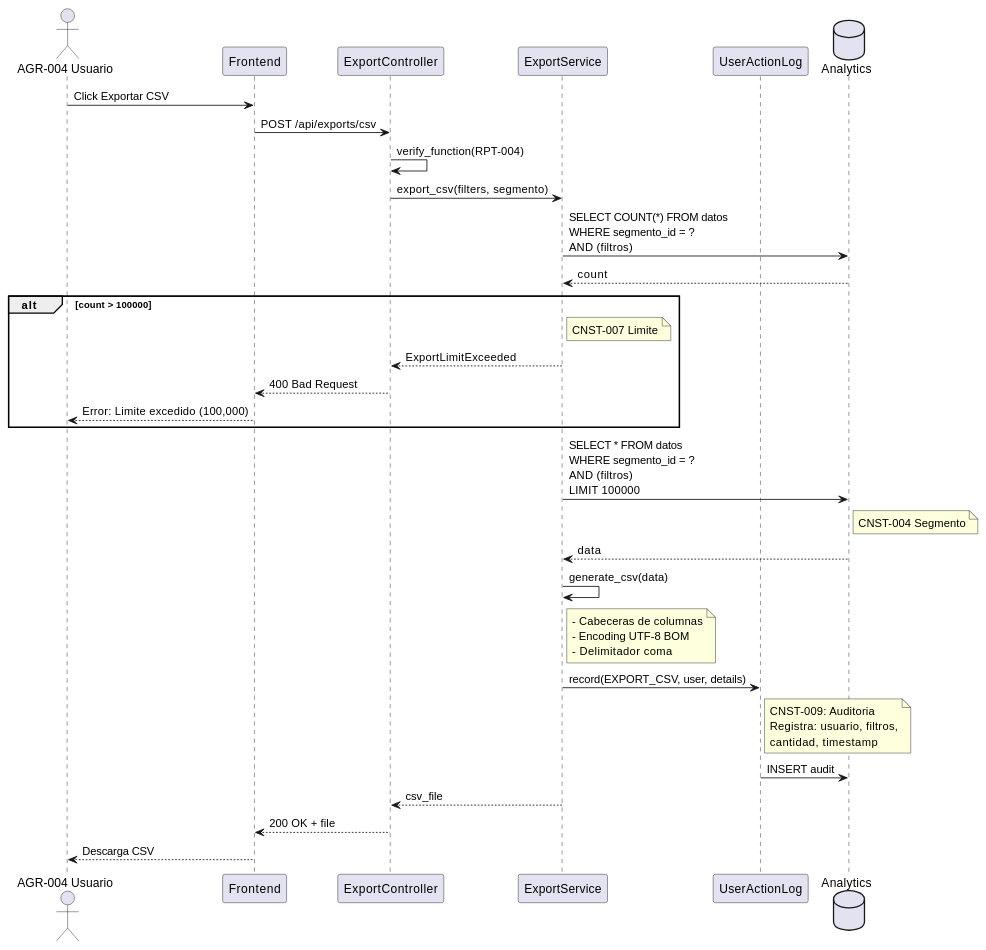
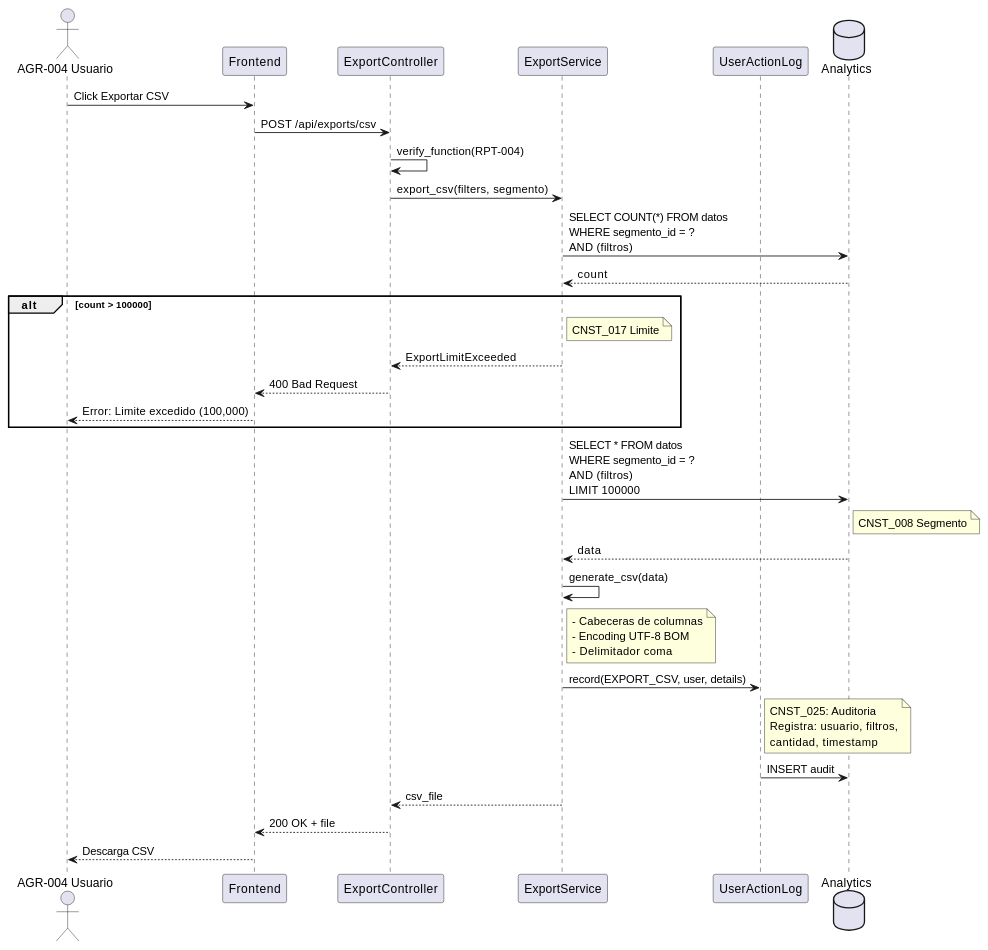
The second of 3 diagrams in source/requisitos/casos_uso/reports/UC_RPT_04_Exportar_CSV.rst (jcg-admin/IACT-docs), drawn with PlantUML before and after one commit. The commit also changed other lines of this file and 67 other files, not shown here.

```diff
--- a/source/requisitos/casos_uso/reports/UC_RPT_04_Exportar_CSV.rst
+++ b/source/requisitos/casos_uso/reports/UC_RPT_04_Exportar_CSV.rst
@@ -165,50 +165,50 @@
 .. uml::
    :caption: Diagrama de Secuencia - UC_RPT_04
 
    @startuml
    actor "AGR-004 Usuario" as U
    participant "Frontend" as FE
    participant "ExportController" as EC
    participant "ExportService" as ES
    participant "UserActionLog" as UAL
    database "Analytics" as DB
 
    U -> FE: Click Exportar CSV
    FE -> EC: POST /api/exports/csv
    EC -> EC: verify_function(RPT-004)
 
    EC -> ES: export_csv(filters, segmento)
 
    ES -> DB: SELECT COUNT(*) FROM datos\nWHERE segmento_id = ?\nAND (filtros)
    DB --> ES: count
 
    alt count > 100000
-     note right of ES: CNST-007 Limite
+     note right of ES: CNST_017 Limite
      ES --> EC: ExportLimitExceeded
      EC --> FE: 400 Bad Request
      FE --> U: Error: Limite excedido (100,000)
    end
 
    ES -> DB: SELECT * FROM datos\nWHERE segmento_id = ?\nAND (filtros)\nLIMIT 100000
-   note right of DB: CNST-004 Segmento
+   note right of DB: CNST_008 Segmento
    DB --> ES: data
 
    ES -> ES: generate_csv(data)
    note right of ES
      - Cabeceras de columnas
      - Encoding UTF-8 BOM
      - Delimitador coma
    end note
 
    ES -> UAL: record(EXPORT_CSV, user, details)
    note right of UAL
-     CNST-009: Auditoria
+     CNST_025: Auditoria
      Registra: usuario, filtros,
      cantidad, timestamp
    end note
    UAL -> DB: INSERT audit
 
    ES --> EC: csv_file
    EC --> FE: 200 OK + file
    FE --> U: Descarga CSV
    @enduml
```
